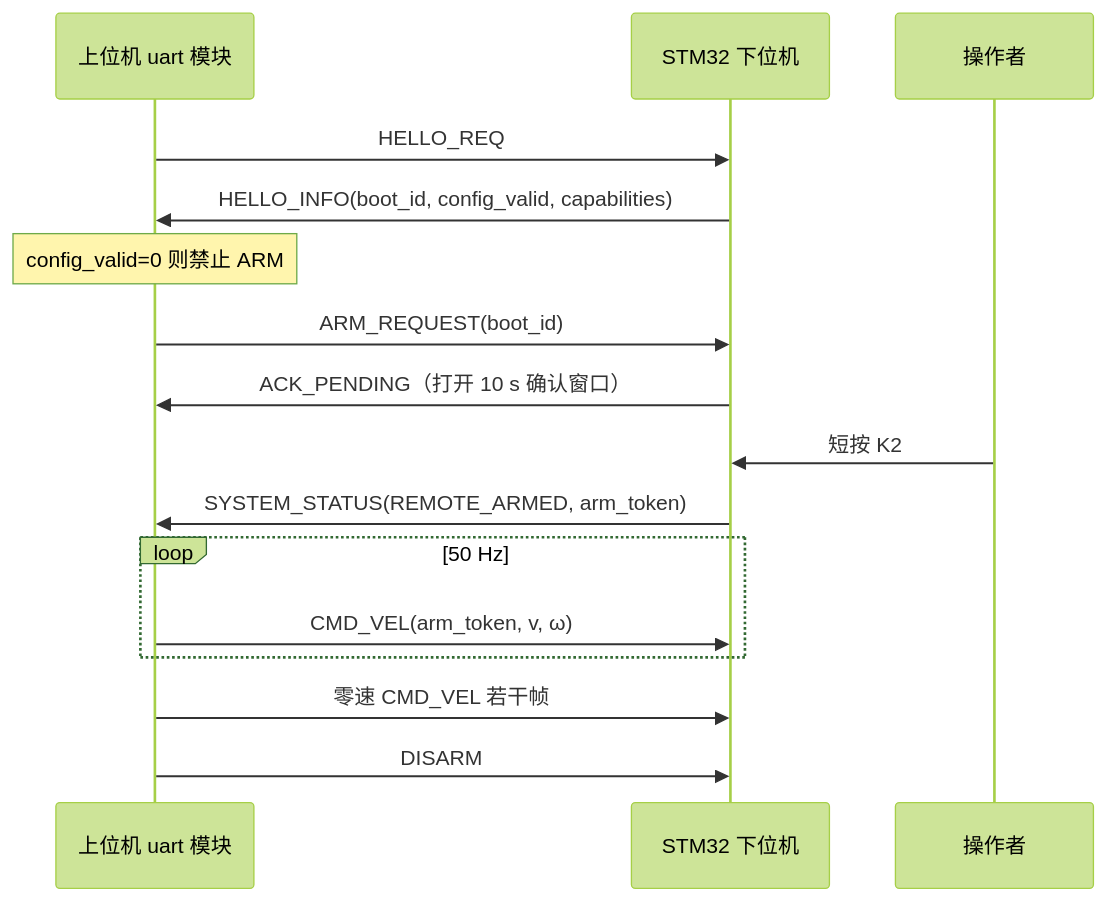
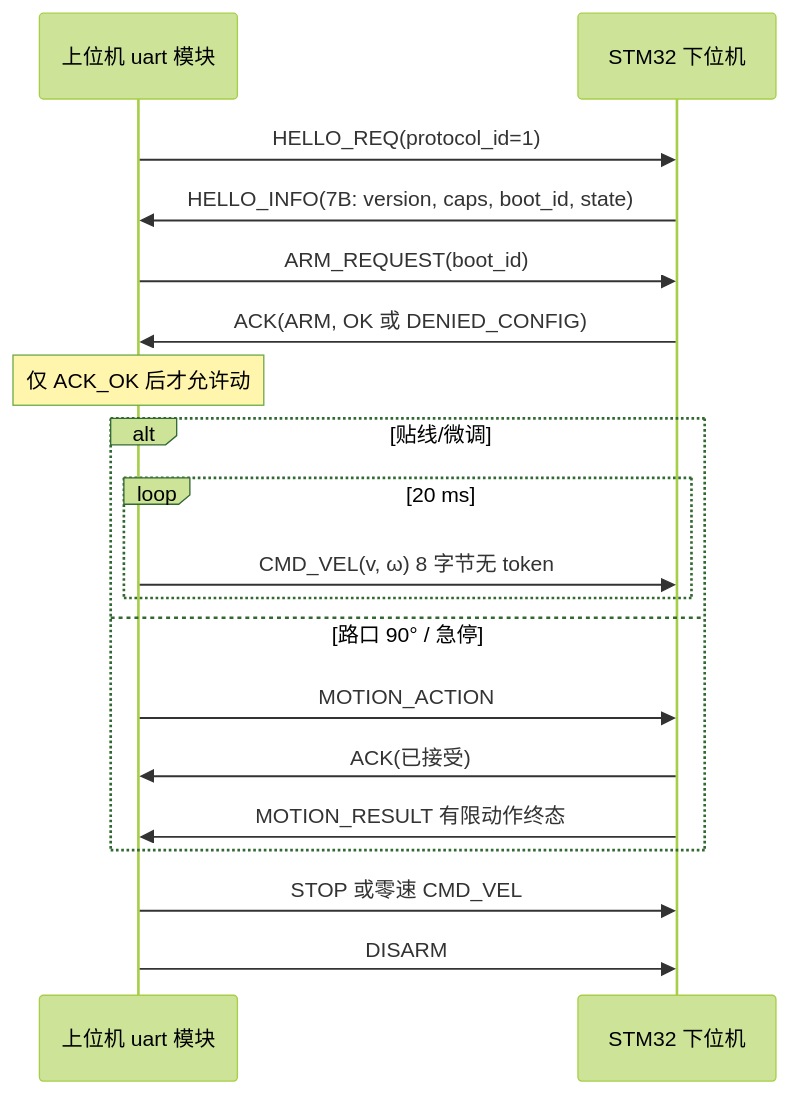
One commit to Louis-24000614/pi_upper changed the diagram in docs/api/uart.md. Above: the diagram before and after it, drawn with Mermaid (forest theme). The commit also changed other lines of this file and 84 other files, not shown here.

````diff
--- a/docs/api/uart.md
+++ b/docs/api/uart.md
@@ -50,18 +50,21 @@
 ```mermaid
 sequenceDiagram
   participant U as 上位机 uart 模块
   participant M as STM32 下位机
-  participant K as 操作者
-  U->>M: HELLO_REQ
-  M->>U: HELLO_INFO(boot_id, config_valid, capabilities)
-  Note over U: config_valid=0 则禁止 ARM
+  U->>M: HELLO_REQ(protocol_id=1)
+  M->>U: HELLO_INFO(7B: version, caps, boot_id, state)
   U->>M: ARM_REQUEST(boot_id)
-  M->>U: ACK_PENDING（打开 10 s 确认窗口）
-  K->>M: 短按 K2
-  M->>U: SYSTEM_STATUS(REMOTE_ARMED, arm_token)
-  loop 50 Hz
-    U->>M: CMD_VEL(arm_token, v, ω)
+  M->>U: ACK(ARM, OK 或 DENIED_CONFIG)
+  Note over U: 仅 ACK_OK 后才允许动
+  alt 贴线/微调
+    loop 20 ms
+      U->>M: CMD_VEL(v, ω) 8 字节无 token
+    end
+  else 路口 90° / 急停
+    U->>M: MOTION_ACTION
+    M->>U: ACK(已接受)
+    M->>U: MOTION_RESULT 有限动作终态
   end
-  U->>M: 零速 CMD_VEL 若干帧
+  U->>M: STOP 或零速 CMD_VEL
   U->>M: DISARM
 ```
````
